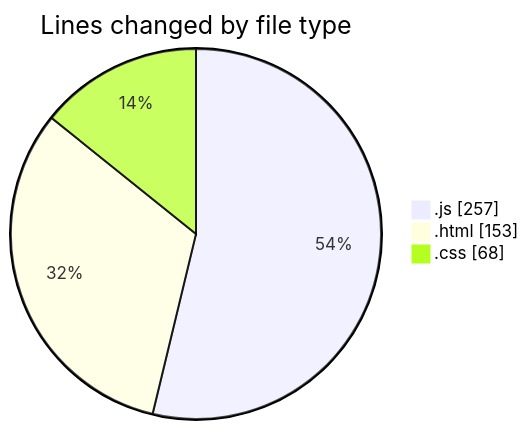
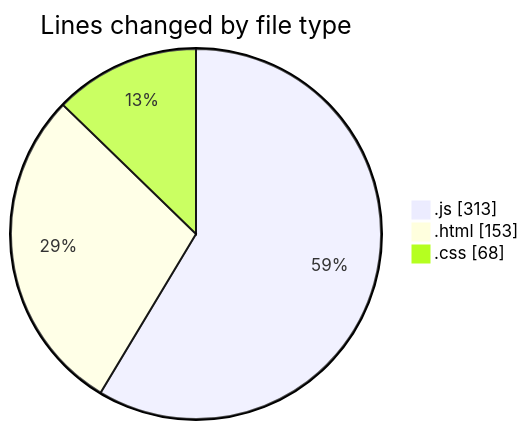
Before and after one commit to Ritupan-Deka/code-tracking: the first of 2 diagrams in 2025-01-24/projects/README.md, drawn with Mermaid. The commit also changed other lines of this file and 1 other file, not shown here.

````diff
--- a/2025-01-24/projects/README.md
+++ b/2025-01-24/projects/README.md
@@ -29,7 +29,7 @@
 ```mermaid
 pie showData
 title Lines changed by file type
-".js" : 257
+".js" : 313
 ".html" : 153
 ".css" : 68
 ```
````
